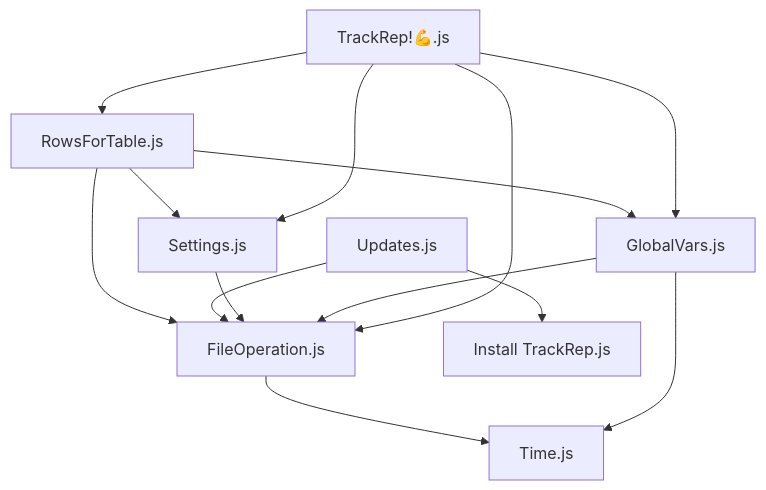
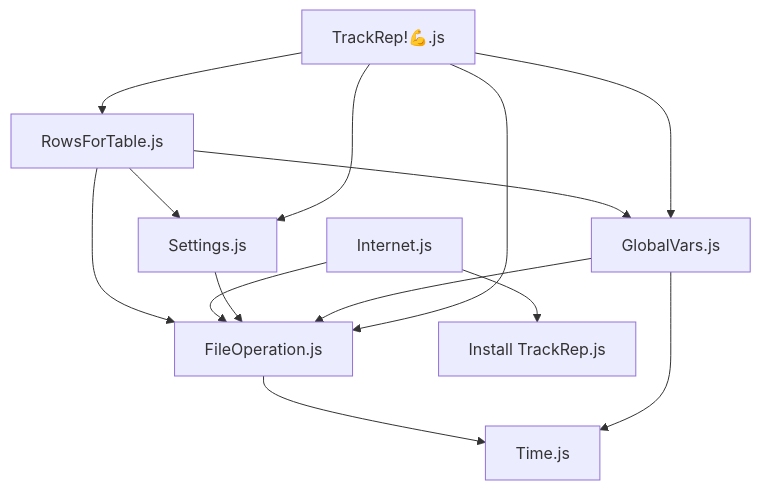
Before and after one commit to larsleimbach/TrackRep: the diagram in README.md, drawn with Mermaid. The commit also changed other lines of this file and 12 other files, not shown here.

````diff
--- a/README.md
+++ b/README.md
@@ -114,16 +114,16 @@
 ```mermaid
 graph TD
   A[RowsForTable.js] --> B[Settings.js]
   A --> C[GlobalVars.js]
   A --> D[FileOperation.js]
   D --> E[Time.js]
-  F[Updates.js] --> D
+  F[Internet.js] --> D
   F --> G[Install TrackRep.js]
   B --> D
   C --> D
   C --> E
   X[TrackRep!💪.js] --> A
   X --> B
   X --> C
   X --> D
 ```
````
